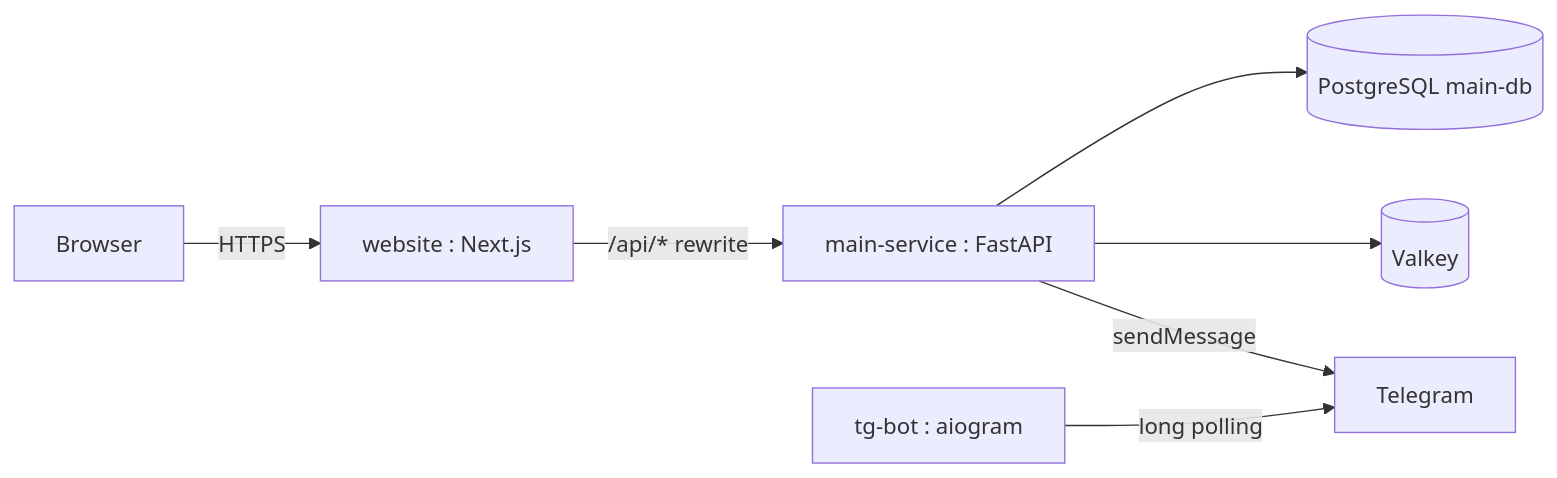
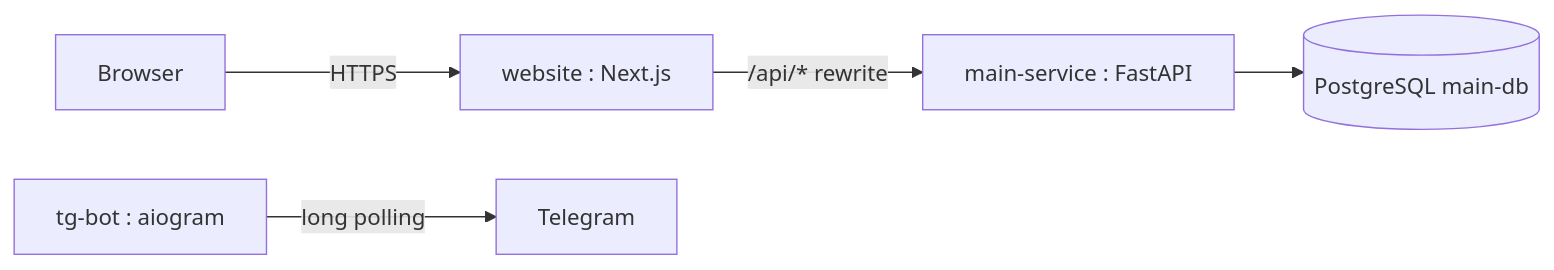
Before and after one commit to rovno-dev/amorfa-nash-dev-presentation: the first of 2 diagrams in docs/architecture.md, drawn with Mermaid. The commit also changed other lines of this file and 91 other files, not shown here.

````diff
--- a/docs/architecture.md
+++ b/docs/architecture.md
@@ -5,9 +5,7 @@
 ```mermaid
 flowchart LR
   Browser[Browser] -->|HTTPS| Web[website : Next.js]
   Web -->|/api/* rewrite| Api[main-service : FastAPI]
   Api --> DB[(PostgreSQL main-db)]
-  Api --> Cache[(Valkey)]
   Bot[tg-bot : aiogram] -->|long polling| TG[Telegram]
-  Api -->|sendMessage| TG
 ```
````
